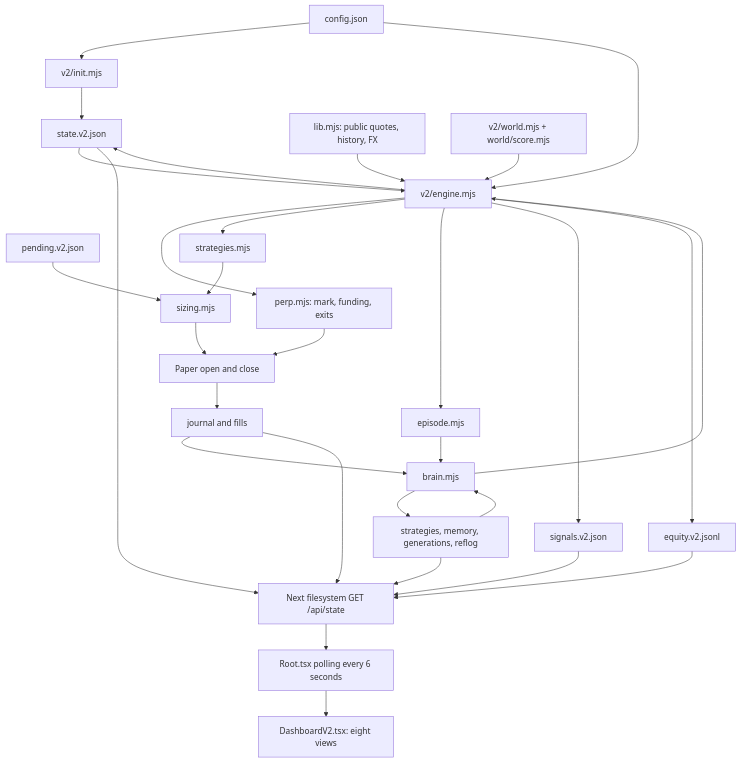
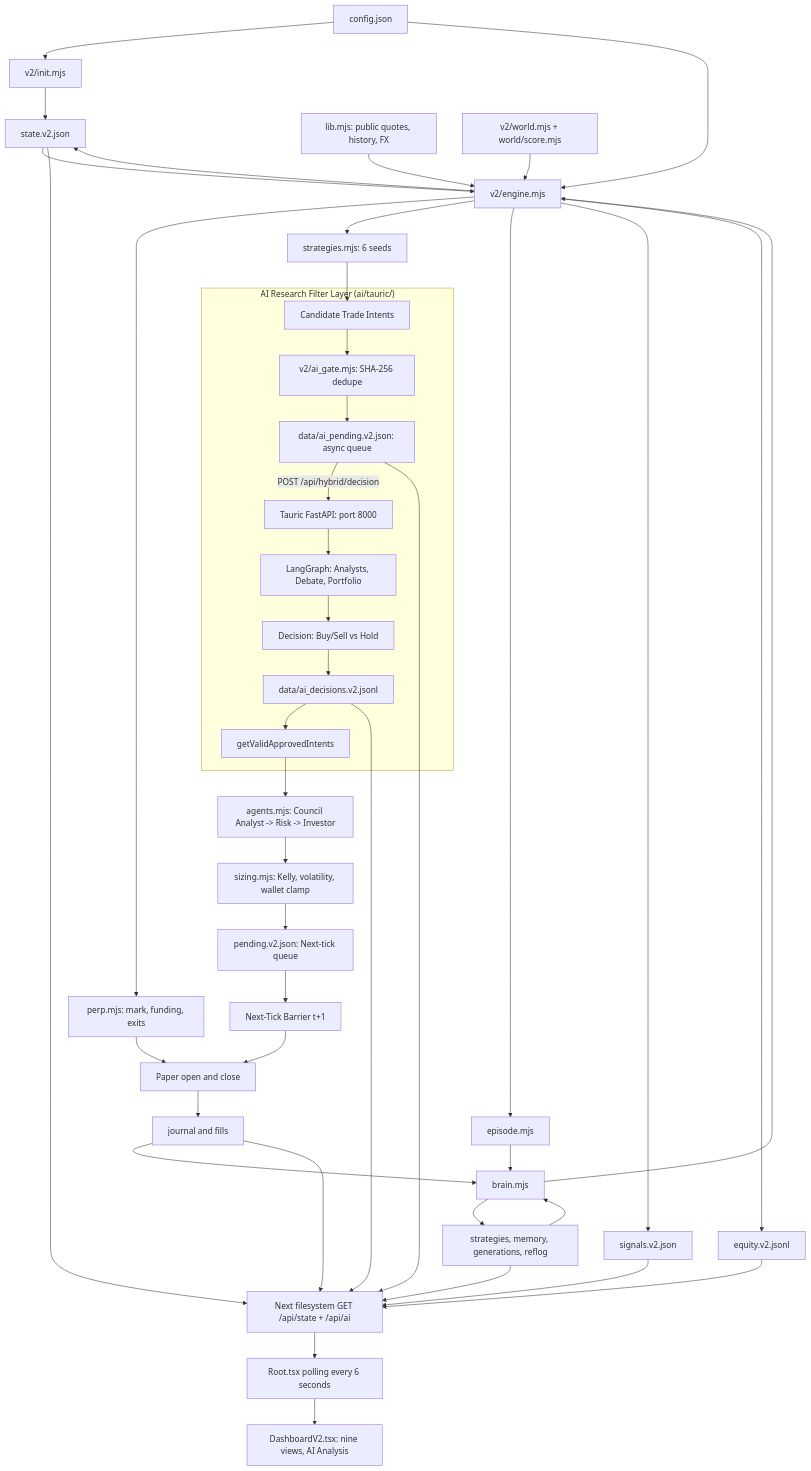
One commit to Bismeet/trading-agent changed the diagram in docs/02-system-architecture.md. Above: the diagram before and after it, drawn with Mermaid. The commit also changed other lines of this file and 12 other files, not shown here.

First line of the commit message:
docs: update and clean up all repository documentation for single-repo architecture

````diff
--- a/docs/02-system-architecture.md
+++ b/docs/02-system-architecture.md
@@ -7,32 +7,48 @@
 ```mermaid
 flowchart TD
   Config[config.json] --> Init[v2/init.mjs]
   Config --> Engine[v2/engine.mjs]
   Init --> State[state.v2.json]
   Lib[lib.mjs: public quotes, history, FX] --> Engine
   State --> Engine
   Engine --> Mark[perp.mjs: mark, funding, exits]
-  Pending[pending.v2.json] --> Size[sizing.mjs]
-  Engine --> Strategies[strategies.mjs]
-  Strategies --> Size
-  Size --> Execute[Paper open and close]
+  Engine --> Strategies[strategies.mjs: 6 seeds]
+  Strategies --> RawIntents[Candidate Trade Intents]
+  
+  subgraph AIGateModule ["AI Research Filter Layer (ai/tauric/)"]
+    RawIntents --> AIGate[v2/ai_gate.mjs: SHA-256 dedupe]
+    AIGate --> AIPending[data/ai_pending.v2.json: async queue]
+    AIPending -->|POST /api/hybrid/decision| TauricAPI[Tauric FastAPI: port 8000]
+    TauricAPI --> MultiAgentGraph[LangGraph: Analysts, Debate, Portfolio]
+    MultiAgentGraph --> Decision[Decision: Buy/Sell vs Hold]
+    Decision --> AIDecisions[data/ai_decisions.v2.jsonl]
+    AIDecisions --> ApprovedIntents[getValidApprovedIntents]
+  end
+
+  ApprovedIntents --> Council[agents.mjs: Council Analyst -> Risk -> Investor]
+  Council --> Size[sizing.mjs: Kelly, volatility, wallet clamp]
+  Size --> Pending[pending.v2.json: Next-tick queue]
+  Pending --> NextTickBarrier[Next-Tick Barrier t+1]
+  NextTickBarrier --> Execute[Paper open and close]
   Mark --> Execute
   Execute --> Journal[journal and fills]
   Journal --> Brain[brain.mjs]
   Engine --> Episode[episode.mjs]
   Episode --> Brain
   Brain --> Learn[strategies, memory, generations, reflog]
   Learn --> Brain
   Brain --> Engine
   World[v2/world.mjs + world/score.mjs] --> Engine
   Engine --> State
   Engine --> Signals[signals.v2.json]
   Engine --> Equity[equity.v2.jsonl]
-  Signals --> API[Next filesystem GET /api/state]
+  Signals --> API[Next filesystem GET /api/state + /api/ai]
   State --> API
   Learn --> API
   Equity --> API
   Journal --> API
+  AIPending --> API
+  AIDecisions --> API
   API --> Root[Root.tsx polling every 6 seconds]
-  Root --> Dashboard[DashboardV2.tsx: eight views]
+  Root --> Dashboard[DashboardV2.tsx: nine views, AI Analysis]
 ```
````
